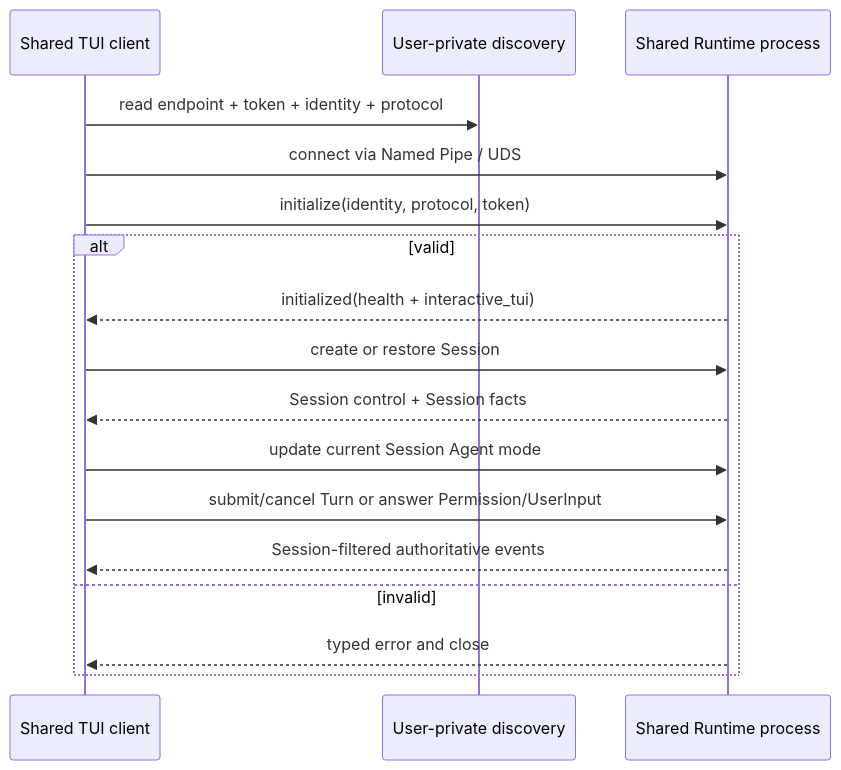
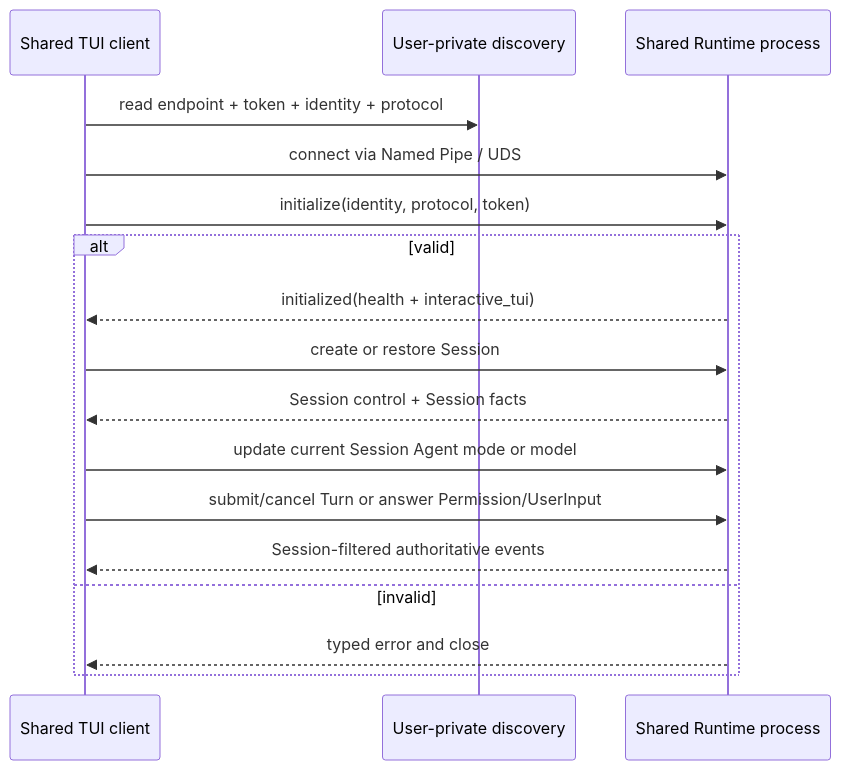
One commit to 1688mengdie/BitFun changed the seventh of 8 diagrams in docs/architecture/agent-runtime-deployment-design.md. Above: the diagram before and after it, drawn with Mermaid. The commit also changed other lines of this file and 31 other files, not shown here.

Commit message:
feat(cli): select current session model in shared TUI

````diff
--- a/docs/architecture/agent-runtime-deployment-design.md
+++ b/docs/architecture/agent-runtime-deployment-design.md
@@ -186,20 +186,20 @@
 ```mermaid
 sequenceDiagram
   participant C as Shared TUI client
   participant D as User-private discovery
   participant S as Shared Runtime process
 
   C->>D: read endpoint + token + identity + protocol
   C->>S: connect via Named Pipe / UDS
   C->>S: initialize(identity, protocol, token)
   alt valid
     S-->>C: initialized(health + interactive_tui)
     C->>S: create or restore Session
     S-->>C: Session control + Session facts
-    C->>S: update current Session Agent mode
+    C->>S: update current Session Agent mode or model
     C->>S: submit/cancel Turn or answer Permission/UserInput
     S-->>C: Session-filtered authoritative events
   else invalid
     S-->>C: typed error and close
   end
 ```
````
